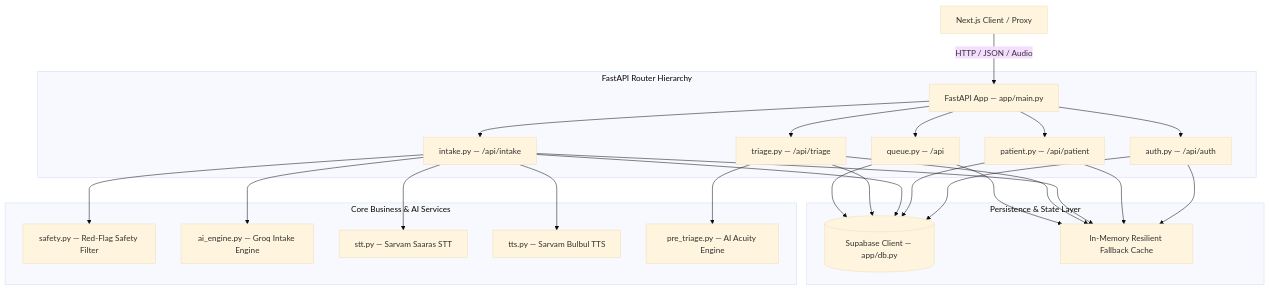
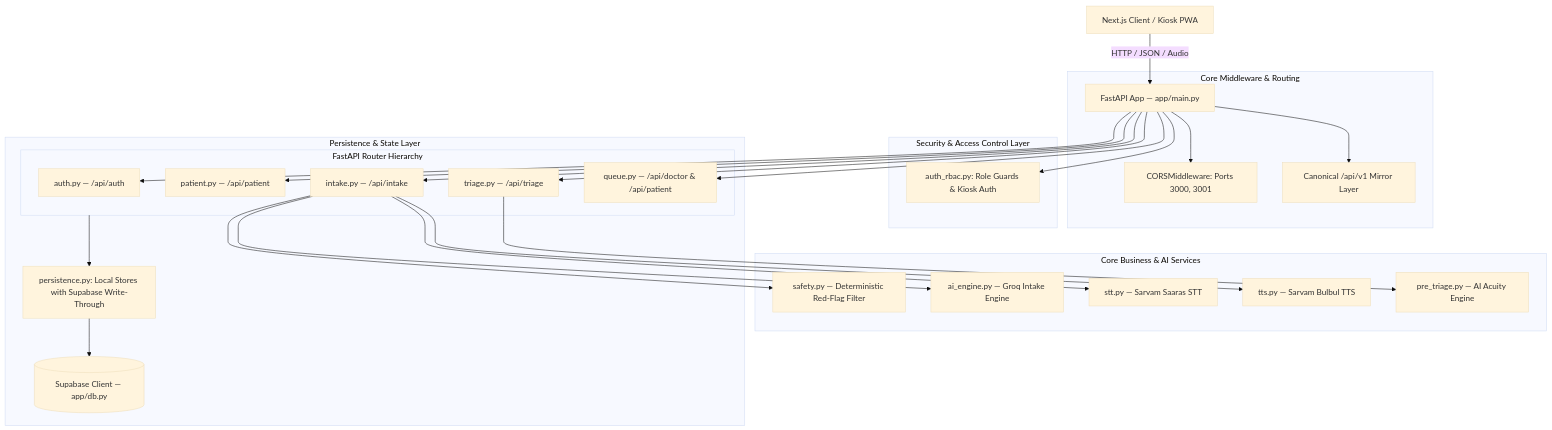
Before and after one commit to DakshChaudhary2668/MediKiosk: the diagram in docs/backend.md, drawn with Mermaid (base theme). The commit also changed other lines of this file and 33 other files, not shown here.

Commit message:
feat: backend contracts alignment, P0 auto-escalation, RBAC, kiosk auth, and technical documentation suite

````diff
--- a/docs/backend.md
+++ b/docs/backend.md
@@ -9,25 +9,34 @@
 ```mermaid
 graph TD
-    Client[Next.js Client / Proxy] -->|HTTP / JSON / Audio| FastAPI[FastAPI App — app/main.py]
+    Client[Next.js Client / Kiosk PWA] -->|HTTP / JSON / Audio| FastAPI[FastAPI App — app/main.py]
+
+    subgraph Middleware["Core Middleware & Routing"]
+        FastAPI --> CORS[CORSMiddleware: Ports 3000, 3001]
+        FastAPI --> V1[Canonical /api/v1 Mirror Layer]
+    end
+
+    subgraph Security["Security & Access Control Layer"]
+        FastAPI --> RBAC[auth_rbac.py: Role Guards & Kiosk Auth]
+    end
 
     subgraph Routers["FastAPI Router Hierarchy"]
         FastAPI --> R_Auth[auth.py — /api/auth]
         FastAPI --> R_Patient[patient.py — /api/patient]
         FastAPI --> R_Intake[intake.py — /api/intake]
         FastAPI --> R_Triage[triage.py — /api/triage]
-        FastAPI --> R_Queue[queue.py — /api]
+        FastAPI --> R_Queue[queue.py — /api/doctor & /api/patient]
     end
 
     subgraph Services["Core Business & AI Services"]
-        R_Intake --> S_Safety[safety.py — Red-Flag Safety Filter]
+        R_Intake --> S_Safety[safety.py — Deterministic Red-Flag Filter]
         R_Intake --> S_AI[ai_engine.py — Groq Intake Engine]
         R_Intake --> S_STT[stt.py — Sarvam Saaras STT]
         R_Intake --> S_TTS[tts.py — Sarvam Bulbul TTS]
         R_Triage --> S_Triage[pre_triage.py — AI Acuity Engine]
     end
 
-    subgraph DataAccess["Persistence & State Layer"]
-        R_Auth & R_Patient & R_Intake & R_Triage & R_Queue --> DB[(Supabase Client — app/db.py)]
-        R_Auth & R_Patient & R_Intake & R_Triage & R_Queue --> Cache[In-Memory Resilient Fallback Cache]
+    subgraph Persistence["Persistence & State Layer"]
+        Routers --> P_Store[persistence.py: Local Stores with Supabase Write-Through]
+        P_Store --> DB[(Supabase Client — app/db.py)]
     end
 ```
````
